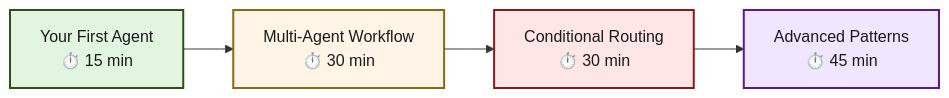
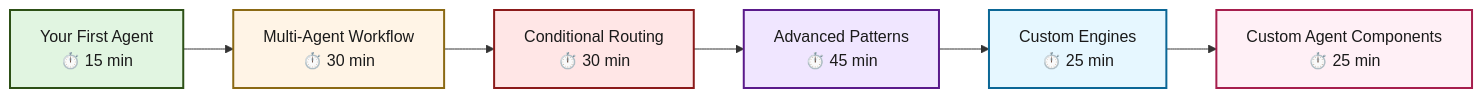
Before and after one commit to whiteducksoftware/flock: the diagram in docs/tutorials/index.md, drawn with Mermaid. The commit also changed other lines of this file and 7 other files, not shown here.

````diff
--- a/docs/tutorials/index.md
+++ b/docs/tutorials/index.md
@@ -9,11 +9,15 @@
 ```mermaid
 graph LR
     A[Your First Agent<br/>⏱️ 15 min] --> B[Multi-Agent Workflow<br/>⏱️ 30 min]
     B --> C[Conditional Routing<br/>⏱️ 30 min]
     C --> D[Advanced Patterns<br/>⏱️ 45 min]
+    D --> E[Custom Engines<br/>⏱️ 25 min]
+    E --> F[Custom Agent Components<br/>⏱️ 25 min]
 
     style A fill:#e1f5e1,stroke:#2d5016,stroke-width:2px,color:#1a1a1a
     style B fill:#fff4e6,stroke:#8b6914,stroke-width:2px,color:#1a1a1a
     style C fill:#ffe6e6,stroke:#8b1a1a,stroke-width:2px,color:#1a1a1a
     style D fill:#f0e6ff,stroke:#5a1a8b,stroke-width:2px,color:#1a1a1a
+    style E fill:#e6f7ff,stroke:#0b6796,stroke-width:2px,color:#1a1a1a
+    style F fill:#fff0f6,stroke:#a61e4d,stroke-width:2px,color:#1a1a1a
 ```
````
